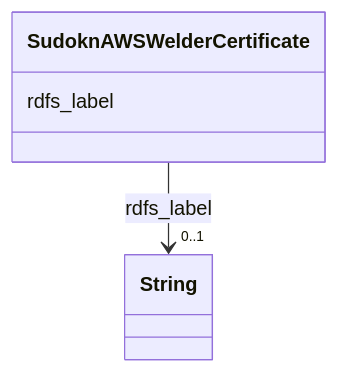
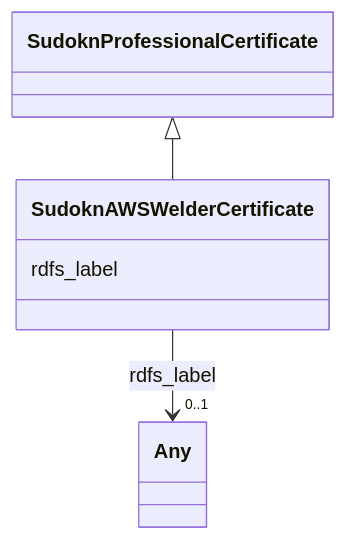
Before and after one commit to frink-okn/graph-descriptions: the diagram in sudokn-kg/classes/SudoknAWSWelderCertificate.md, drawn with Mermaid. The commit also changed other lines of this file and 903 other files, not shown here.

````diff
--- a/sudokn-kg/classes/SudoknAWSWelderCertificate.md
+++ b/sudokn-kg/classes/SudoknAWSWelderCertificate.md
@@ -23,15 +18,18 @@
 ```mermaid
  classDiagram
     class SudoknAWSWelderCertificate
     click SudoknAWSWelderCertificate href "../SudoknAWSWelderCertificate"
+      SudoknProfessionalCertificate <|-- SudoknAWSWelderCertificate
+        click SudoknProfessionalCertificate href "../SudoknProfessionalCertificate"
+      
       SudoknAWSWelderCertificate : rdfs_label
         
           
     
     
-    SudoknAWSWelderCertificate --> "0..1" String : rdfs_label
-    click String href "../String"
+    SudoknAWSWelderCertificate --> "0..1" Any : rdfs_label
+    click Any href "../Any"
 
         
       
 ```
````
